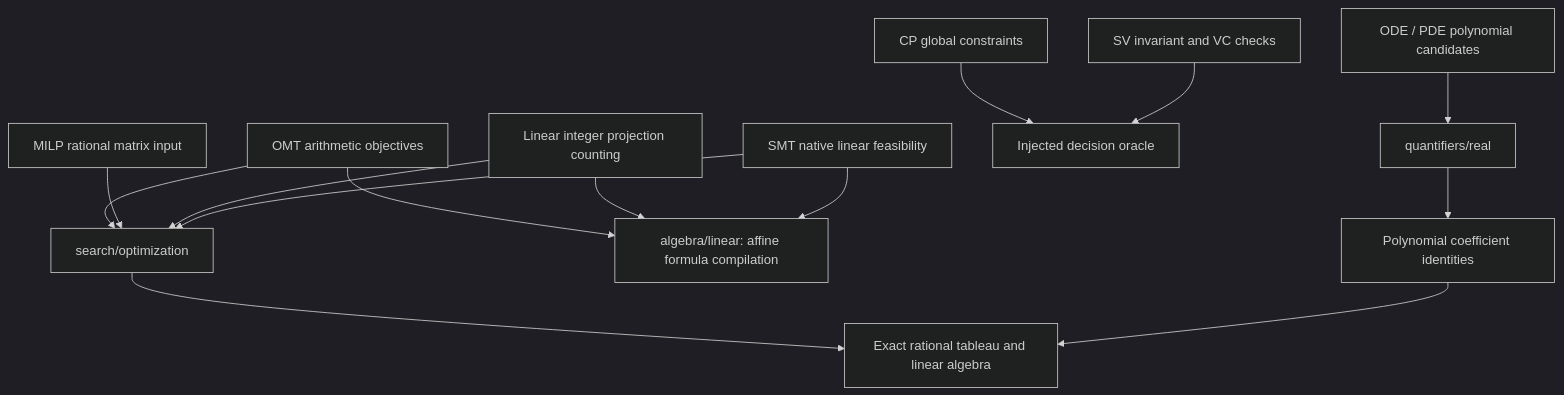
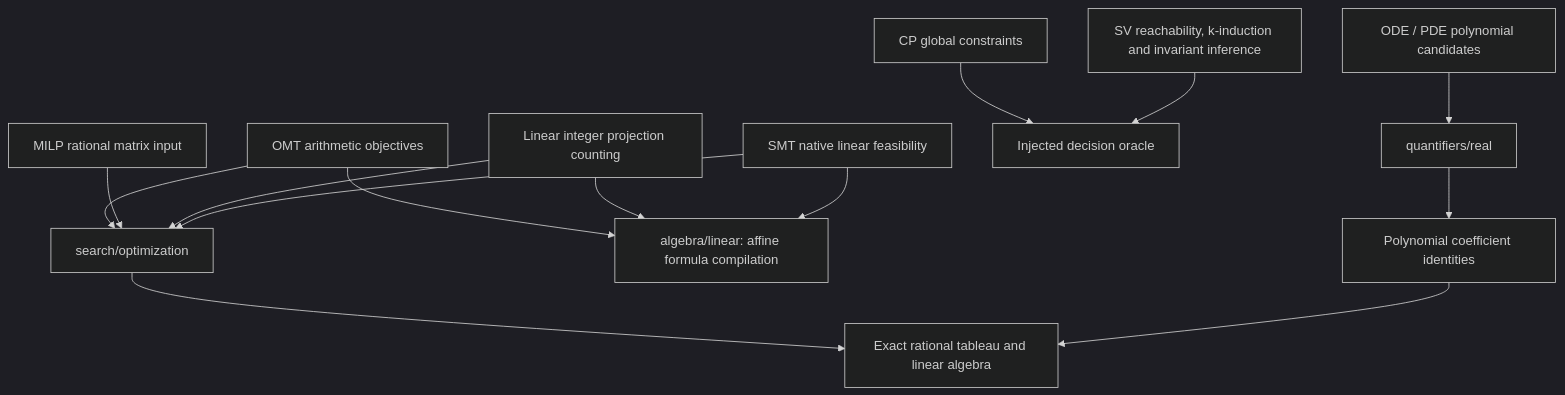
The third of 3 diagrams in docs/ARCHITECTURE.md (fuqi-jia/Xolver), drawn with Mermaid (dark theme) before and after one commit. The commit also changed other lines of this file and 24 other files, not shown here.

````diff
--- a/docs/ARCHITECTURE.md
+++ b/docs/ARCHITECTURE.md
@@ -109,16 +110,16 @@
 ```mermaid
 flowchart TD
     OMT[OMT arithmetic objectives] --> Opt[search/optimization]
     MILP[MILP rational matrix input] --> Opt
     Count[Linear integer projection counting] --> Opt
     SMT[SMT native linear feasibility] --> Opt
     OMT --> Affine[algebra/linear: affine formula compilation]
     Count --> Affine
     SMT --> Affine
     Opt --> Rational[Exact rational tableau and linear algebra]
     CP[CP global constraints] --> Oracle[Injected decision oracle]
-    SV[SV invariant and VC checks] --> Oracle
+    SV[SV reachability, k-induction and invariant inference] --> Oracle
     DE[ODE / PDE polynomial candidates] --> Real[quantifiers/real]
     Real --> Identities[Polynomial coefficient identities]
     Identities --> Rational
 ```
````
